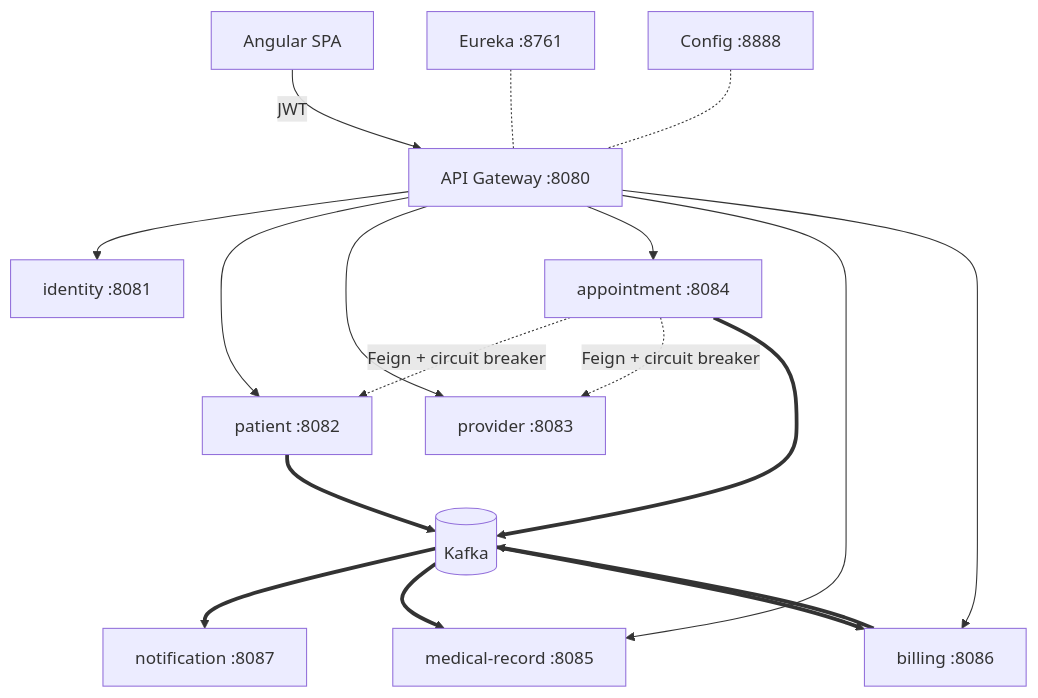
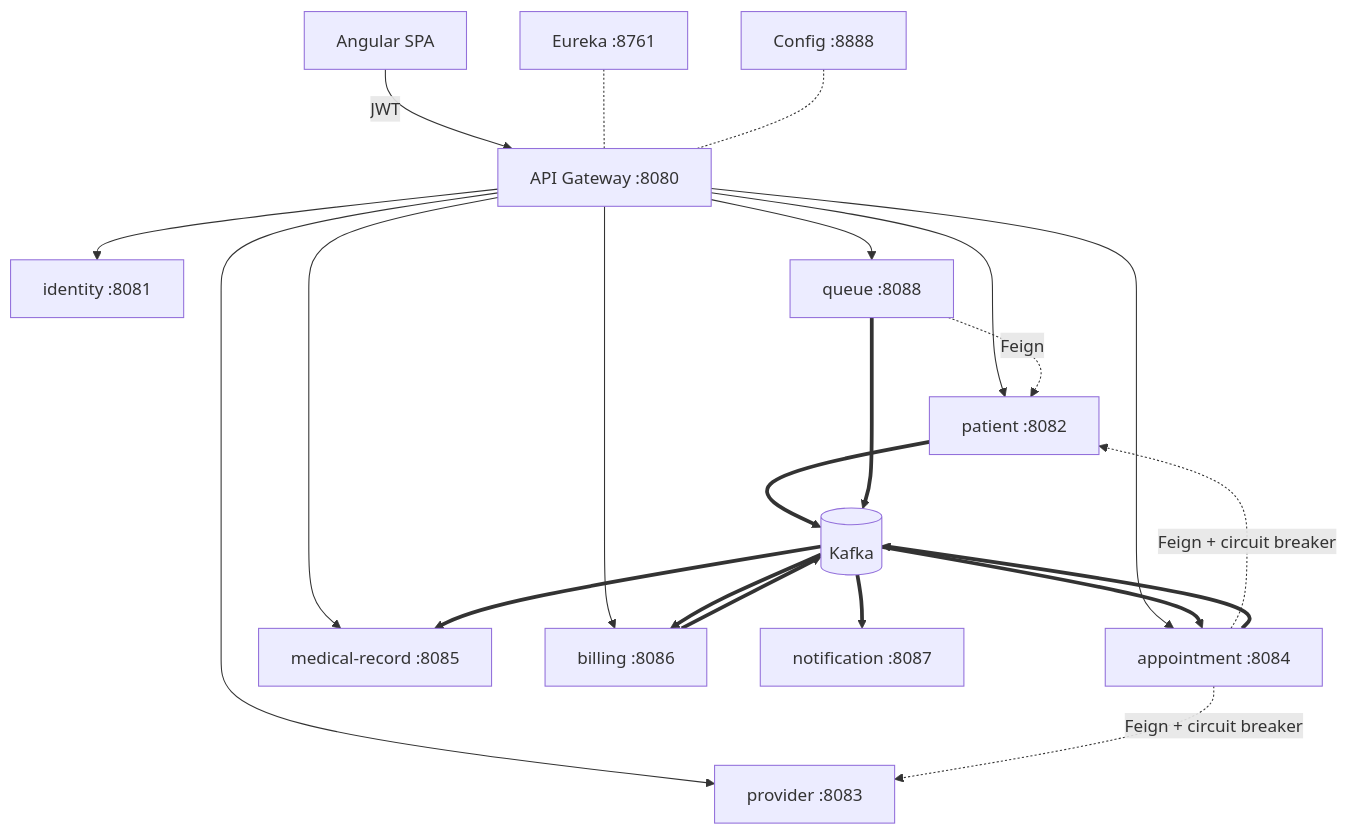
The second of 2 diagrams in README.md (aryawarti/CareConnect), drawn with Mermaid before and after one commit. The commit also changed other lines of this file and 161 other files, not shown here.

First line of the commit message:
feat: close security holes, cut laboratory-service, add chart access log and CI/CD

````diff
--- a/README.md
+++ b/README.md
@@ -37,20 +37,24 @@
 ```mermaid
 flowchart TB
     NG[Angular SPA] -->|JWT| GW[API Gateway :8080]
     GW --> IDN[identity :8081]
     GW --> PAT[patient :8082]
     GW --> PRV[provider :8083]
     GW --> APT[appointment :8084]
     GW --> MED[medical-record :8085]
     GW --> BIL[billing :8086]
+    GW --> QUE[queue :8088]
     APT -.->|Feign + circuit breaker| PAT
     APT -.->|Feign + circuit breaker| PRV
+    QUE -.->|Feign| PAT
     APT ==> K[(Kafka)]
     BIL ==> K
     PAT ==> K
+    QUE ==> K
     K ==> NOT[notification :8087]
     K ==> MED
     K ==> BIL
+    K ==> APT
     EUR[Eureka :8761] -.- GW
     CFG[Config :8888] -.- GW
 ```
````
